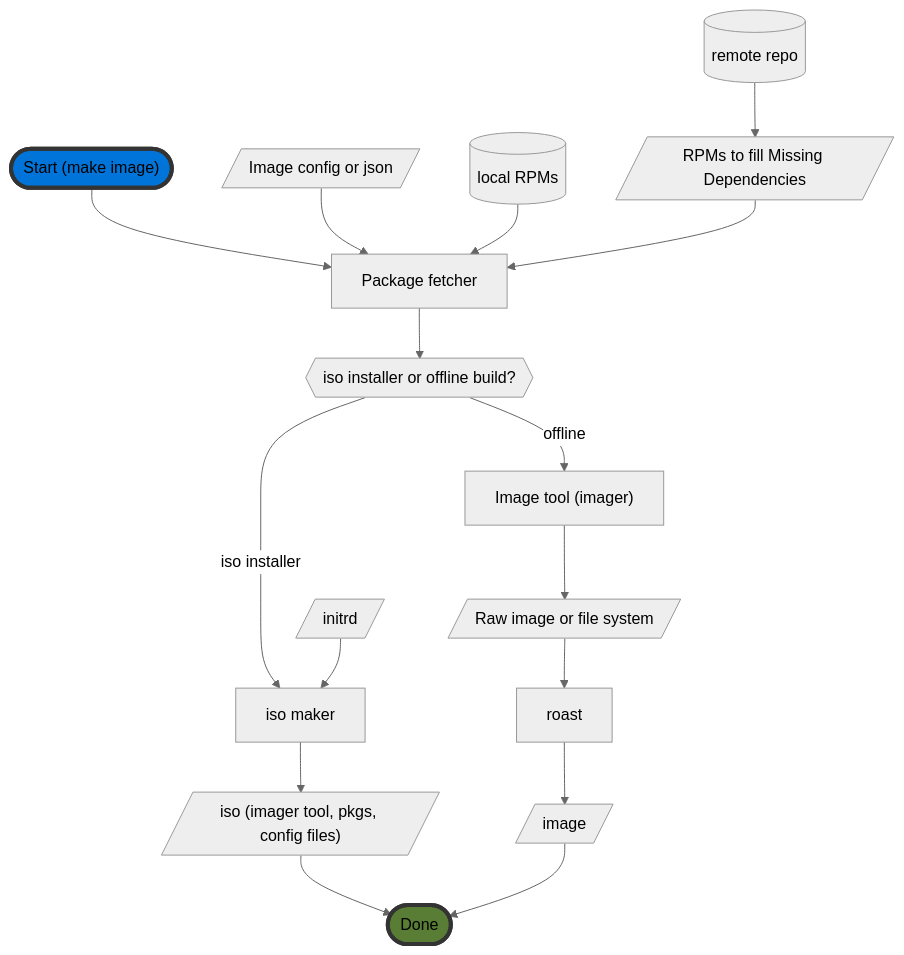
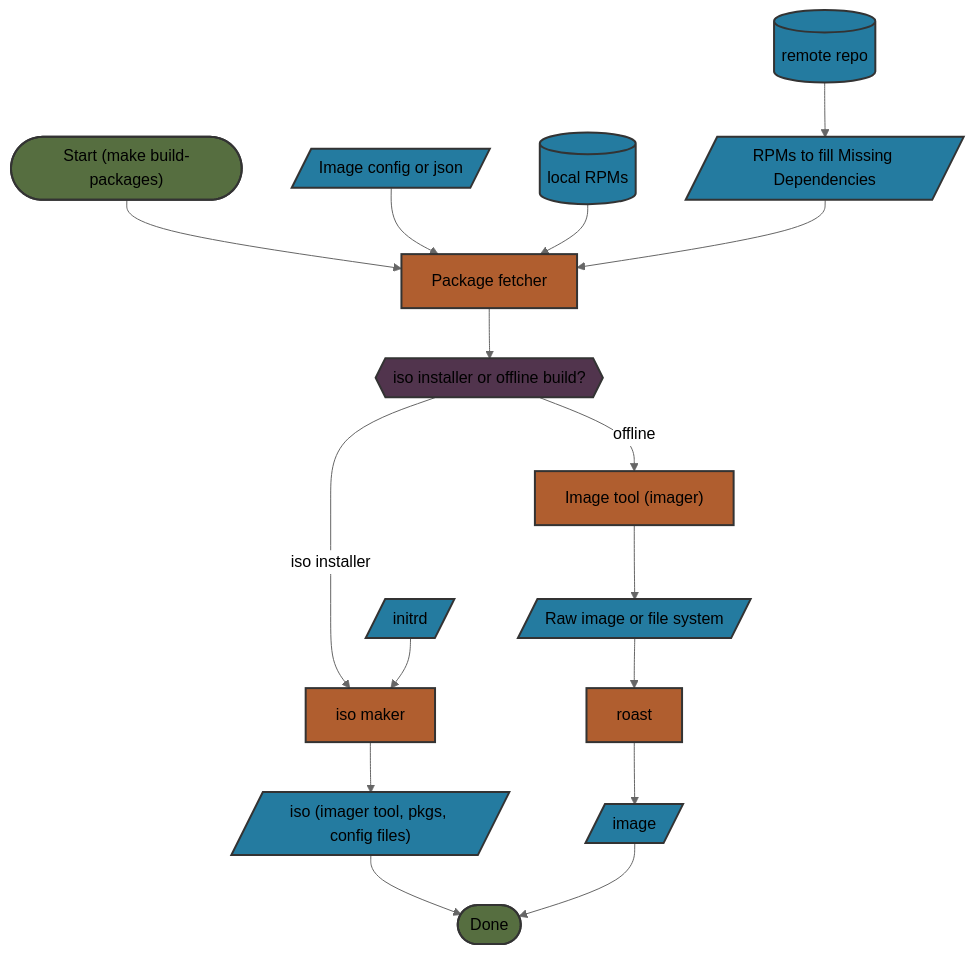
The sixth of 6 diagrams in toolkit/docs/how_it_works/0_intro.md (microsoft/azurelinux), drawn with Mermaid (neutral theme) before and after one commit. The commit also changed other lines of this file, not shown here.

````diff
--- a/toolkit/docs/how_it_works/0_intro.md
+++ b/toolkit/docs/how_it_works/0_intro.md
@@ -218,42 +257,47 @@
 ```mermaid
 flowchart TD
-    start(["Start (make image)"])
-    done([Done])
-    style done fill:#597D35,stroke:#333,stroke-width:4px
-    style start fill:#0074D9,stroke:#333,stroke-width:4px
-%% Image nodes
-    imageConfig[/Image config or json/]
-    raw[/Raw image or file system/]
-    roast[roast]
-    initrd[/initrd/]
-    iso[/"iso (imager tool, pkgs, config files)"/]
-    image[/image/]
-    pkgFetcher[Package fetcher]
-    rpmCache[(local RPMs)]
-    remoteRepo[(remote repo)]
-    missingDep[/RPMs to fill Missing Dependencies/]
-    imager["Image tool (imager)"]
-    isoBuild{{iso installer or offline build?}}
-    isoBuilder[iso maker]
+    %% style definitions
+    classDef io fill:#247BA0,stroke:#333,stroke-width:2px;
+    classDef process fill:#B05E2F,stroke:#333,stroke-width:2px;
+    classDef decision fill:#51344D,stroke:#333,stroke-width:2px;
+    classDef goodState fill:#566E40,stroke:#333,stroke-width:2px;
+    classDef badState fill:#BC4B51,stroke:#333,stroke-width:2px;
 
-%% Image flow
-    
+    %% state nodes
+    start(["Start (make build-packages)"]):::goodState
+    done([Done]):::goodState
+    %% error([error]):::badState
+
+    %% Image nodes
+    imageConfig[/Image config or json/]:::io
+    raw[/Raw image or file system/]:::io
+    roast[roast]:::process
+    initrd[/initrd/]:::io
+    iso[/"iso (imager tool, pkgs, config files)"/]:::io
+    image[/image/]:::io
+    pkgFetcher[Package fetcher]:::process
+    rpmCache[(local RPMs)]:::io
+    remoteRepo[(remote repo)]:::io
+    missingDep[/RPMs to fill Missing Dependencies/]:::io
+    imager["Image tool (imager)"]:::process
+    isoBuild{{iso installer or offline build?}}:::decision
+    isoBuilder[iso maker]:::process
+
+    %% Image flow
     start-->pkgFetcher
     imageConfig-->pkgFetcher
     rpmCache-->pkgFetcher
     remoteRepo-->missingDep
     missingDep-->pkgFetcher
-    
     pkgFetcher-->isoBuild
     isoBuild-->|iso installer|isoBuilder
     initrd-->isoBuilder
     isoBuilder-->iso
     iso-->done
     isoBuild-->|offline|imager
     imager-->raw
     raw-->roast
     roast-->image
-
     image-->done
     
 ```
````
